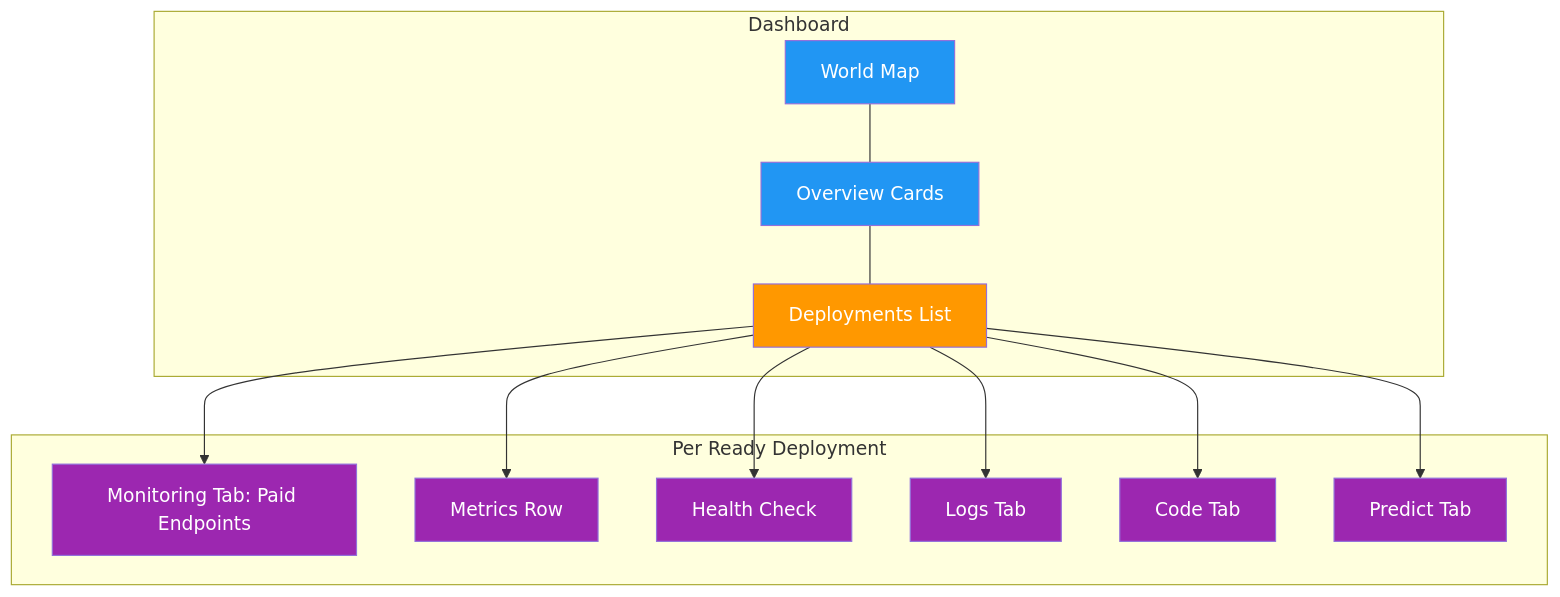
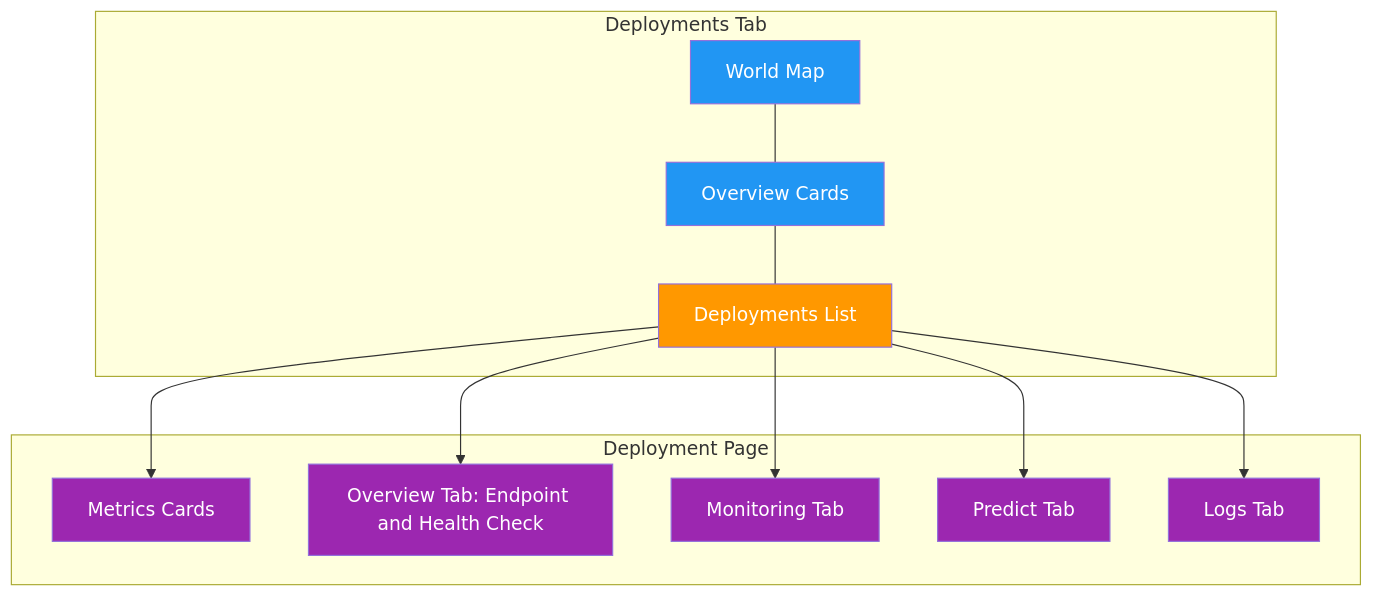
One commit to Rehman-AD/cv-yolov8-core changed the diagram in docs/en/platform/deploy/monitoring.md. Above: the diagram before and after it, drawn with Mermaid. The commit also changed other lines of this file and 12 other files, not shown here.

````diff
--- a/docs/en/platform/deploy/monitoring.md
+++ b/docs/en/platform/deploy/monitoring.md
@@ -19,25 +19,23 @@
 ```mermaid
 graph TB
-    subgraph Dashboard
+    subgraph "Deployments Tab"
         Map[World Map]:::proc --- Cards[Overview Cards]:::proc
         Cards --- List[Deployments List]:::decide
     end
-    subgraph "Per Ready Deployment"
-        Monitoring[Monitoring Tab: Paid Endpoints]:::out
-        Metrics[Metrics Row]:::out
-        Health[Health Check]:::out
+    subgraph "Deployment Page"
+        Metrics[Metrics Cards]:::out
+        Overview[Overview Tab: Endpoint and Health Check]:::out
+        Monitoring[Monitoring Tab]:::out
+        Predict[Predict Tab]:::out
         Logs[Logs Tab]:::out
-        Code[Code Tab]:::out
-        Predict[Predict Tab]:::out
     end
+    List --> Metrics
+    List --> Overview
     List --> Monitoring
-    List --> Metrics
-    List --> Health
+    List --> Predict
     List --> Logs
-    List --> Code
-    List --> Predict
 
     classDef proc fill:#2196F3,color:#fff
     classDef decide fill:#FF9800,color:#fff
     classDef out fill:#9C27B0,color:#fff
 ```
````
